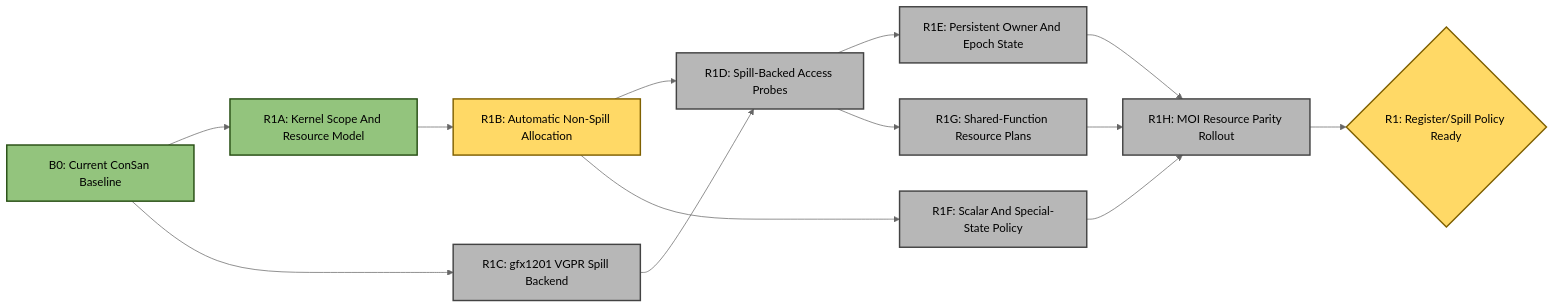
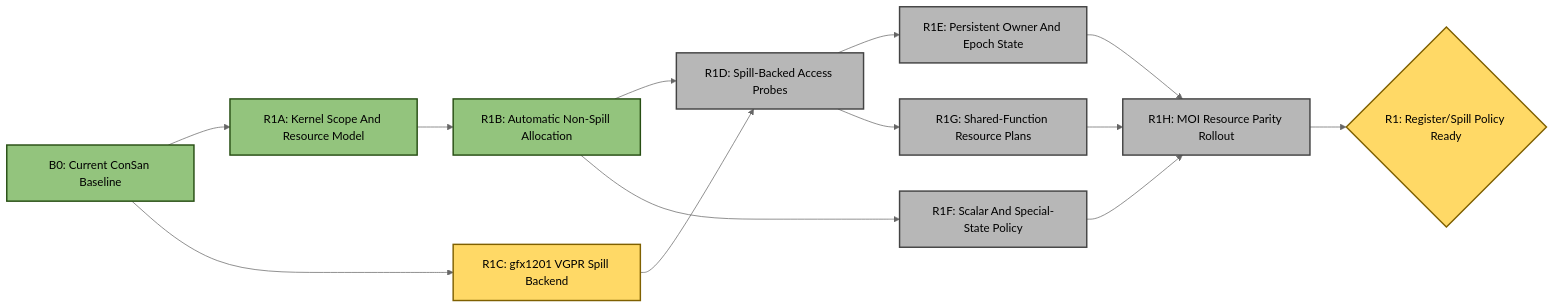
Before and after one commit to ROCm/rocm-systems: the first of 4 diagrams in emulation/rocjitsu/docs/consan/PLAN.md, drawn with Mermaid (neutral theme). The commit also changed other lines of this file and 8 other files, not shown here.

Commit message:
Automate MOI non-spill register allocation

````diff
--- a/emulation/rocjitsu/docs/consan/PLAN.md
+++ b/emulation/rocjitsu/docs/consan/PLAN.md
@@ -85,30 +85,30 @@
 ```mermaid
 flowchart LR
   B0["B0: Current ConSan Baseline"]:::done
   R1A["R1A: Kernel Scope And Resource Model"]:::done
-  R1B["R1B: Automatic Non-Spill Allocation"]:::active
-  R1C["R1C: gfx1201 VGPR Spill Backend"]:::todo
+  R1B["R1B: Automatic Non-Spill Allocation"]:::done
+  R1C["R1C: gfx1201 VGPR Spill Backend"]:::active
   R1D["R1D: Spill-Backed Access Probes"]:::todo
   R1E["R1E: Persistent Owner And Epoch State"]:::todo
   R1F["R1F: Scalar And Special-State Policy"]:::todo
   R1G["R1G: Shared-Function Resource Plans"]:::todo
   R1H["R1H: MOI Resource Parity Rollout"]:::todo
   R1{"R1: Register/Spill Policy Ready"}:::active
 
   B0 --> R1A
   B0 --> R1C
   R1A --> R1B
   R1B --> R1D
   R1C --> R1D
   R1B --> R1F
   R1D --> R1E
   R1D --> R1G
   R1E --> R1H
   R1F --> R1H
   R1G --> R1H
   R1H --> R1
 
   classDef done fill:#93c47d,stroke:#274e13,stroke-width:2px,color:#000;
   classDef active fill:#ffd966,stroke:#7f6000,stroke-width:2px,color:#000;
   classDef todo fill:#b7b7b7,stroke:#434343,stroke-width:2px,color:#000;
 ```
````
